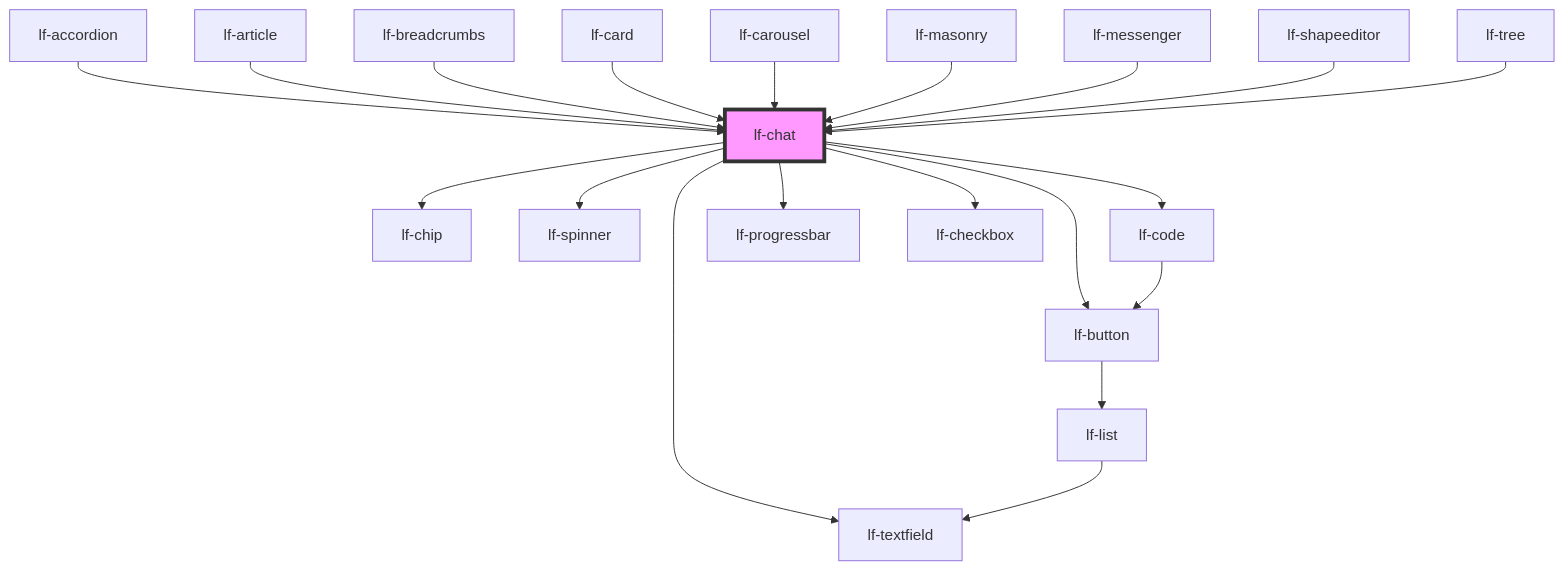
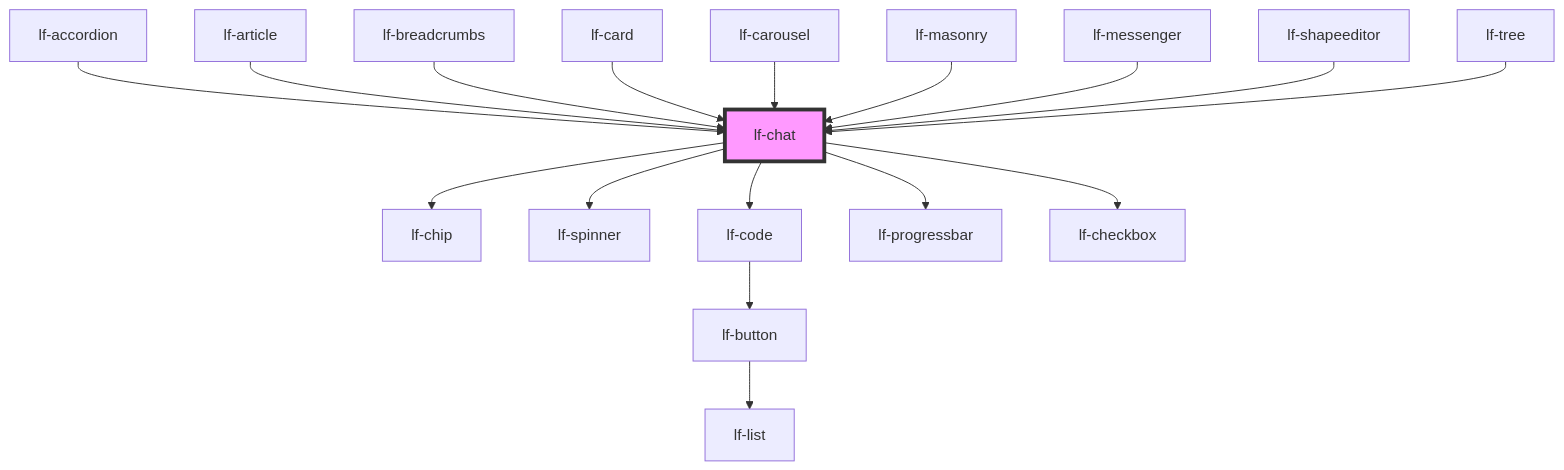
The diagram in packages/core/src/components/lf-chat/readme.md (lucafoscili/lf-widgets), drawn with Mermaid before and after one commit. The commit also changed other lines of this file and 96 other files, not shown here.

First line of the commit message:
chore: Refactor core components to use FC-based Button and Textfield

````diff
--- a/packages/core/src/components/lf-chat/readme.md
+++ b/packages/core/src/components/lf-chat/readme.md
@@ -267,23 +265,20 @@
 ```mermaid
 graph TD;
   lf-chat --> lf-chip
-  lf-chat --> lf-button
-  lf-chat --> lf-textfield
   lf-chat --> lf-spinner
   lf-chat --> lf-code
   lf-chat --> lf-progressbar
   lf-chat --> lf-checkbox
+  lf-code --> lf-button
   lf-button --> lf-list
-  lf-list --> lf-textfield
-  lf-code --> lf-button
   lf-accordion --> lf-chat
   lf-article --> lf-chat
   lf-breadcrumbs --> lf-chat
   lf-card --> lf-chat
   lf-carousel --> lf-chat
   lf-masonry --> lf-chat
   lf-messenger --> lf-chat
   lf-shapeeditor --> lf-chat
   lf-tree --> lf-chat
   style lf-chat fill:#f9f,stroke:#333,stroke-width:4px
 ```
````
